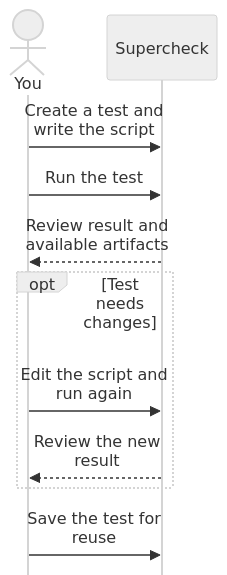
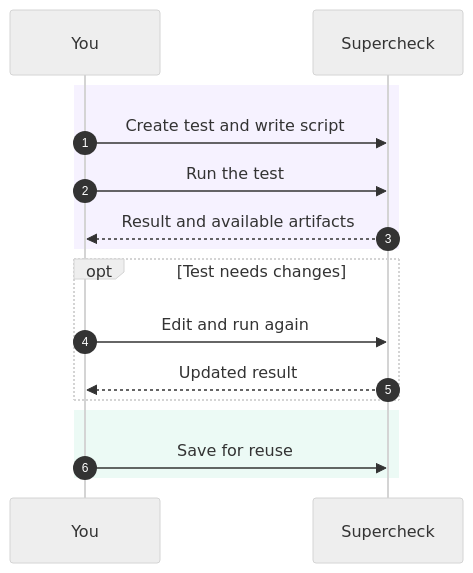
The diagram in docs/content/docs/app/automate/tests.mdx (supercheck-io/supercheck), drawn with Mermaid (neutral theme) before and after one commit. The commit also changed other lines of this file and 34 other files, not shown here.

Commit message:
docs: restore architecture and polish user workflows (#337)

````diff
--- a/docs/content/docs/app/automate/tests.mdx
+++ b/docs/content/docs/app/automate/tests.mdx
@@ -49,15 +49,21 @@
 ```mermaid
-%%{init: {"sequence": {"mirrorActors": false, "actorMargin": 24, "width": 110, "height": 65, "wrap": true}}}%%
 sequenceDiagram
-    actor You
-    participant Supercheck as Supercheck
+    accTitle: Create and reuse a test
+    accDescr: Write, run, review, and save a reusable test.
+    autonumber
+    participant You as You
+    participant App as Supercheck
 
-    You->>Supercheck: Create a test and write the script
-    You->>Supercheck: Run the test
-    Supercheck-->>You: Review result and available artifacts
+    rect rgba(139, 92, 246, 0.08)
+        You->>App: Create test and write script
+        You->>App: Run the test
+        App-->>You: Result and available artifacts
+    end
     opt Test needs changes
-        You->>Supercheck: Edit the script and run again
-        Supercheck-->>You: Review the new result
+        You->>App: Edit and run again
+        App-->>You: Updated result
     end
-    You->>Supercheck: Save the test for reuse
+    rect rgba(16, 185, 129, 0.08)
+        You->>App: Save for reuse
+    end
 ```
````
